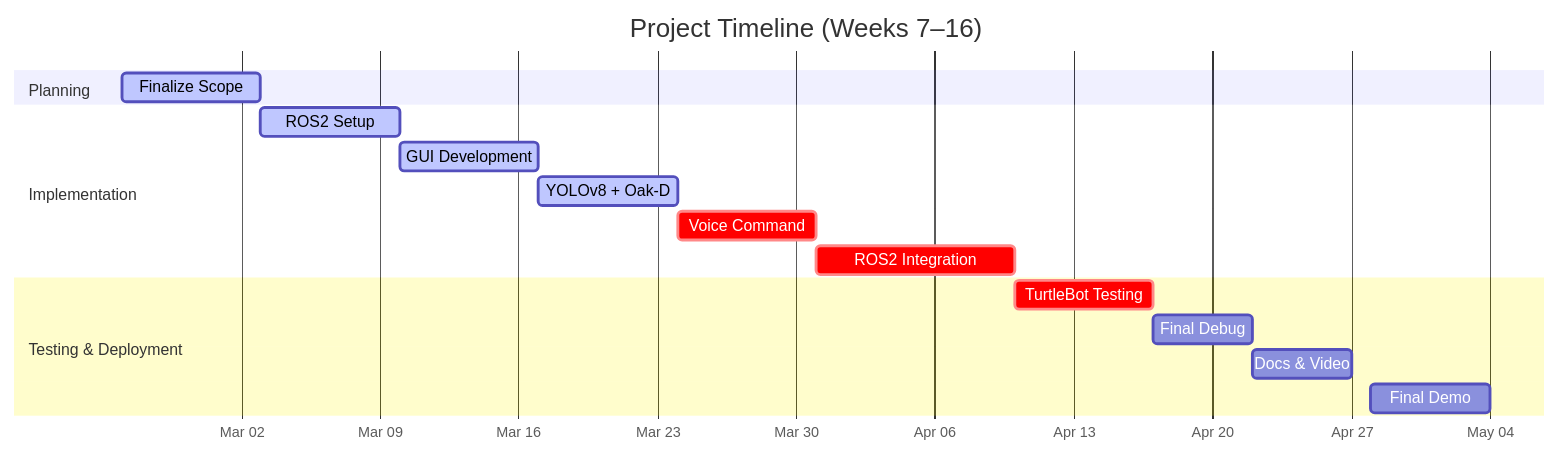
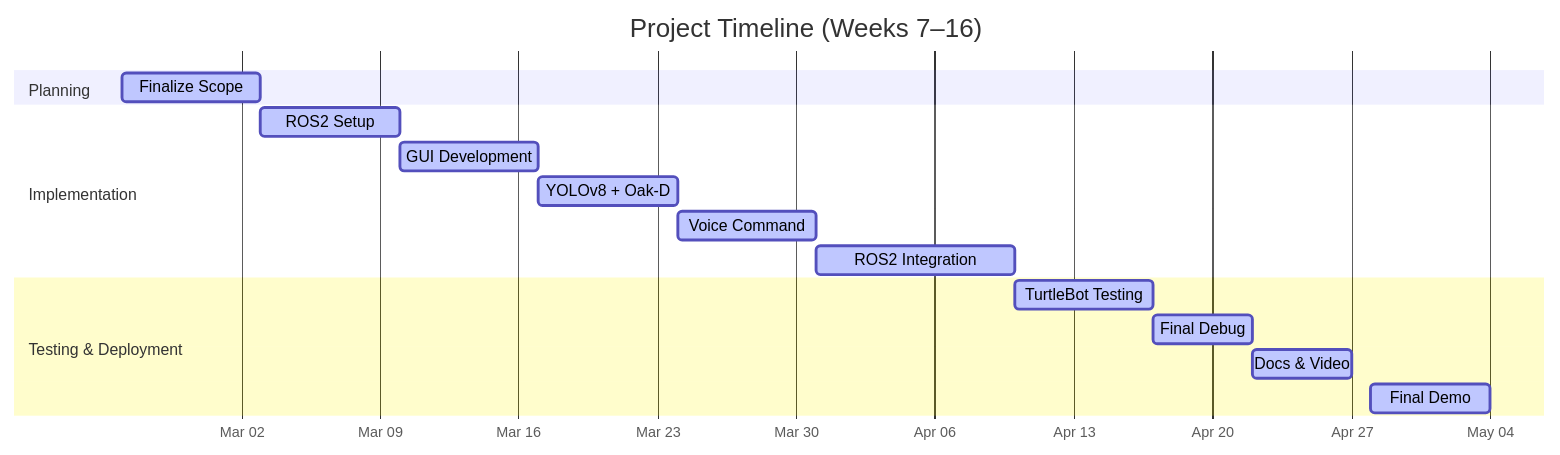
Before and after one commit to RAS598-2025-S-Team11/RAS598-2025-S-Team11.github.io: the first of 5 diagrams in docs/charts.md, drawn with Mermaid.

````diff
--- a/docs/charts.md
+++ b/docs/charts.md
@@ -15,22 +15,22 @@
 ```mermaid
 gantt
     title Project Timeline (Weeks 7–16)
     dateFormat  YYYY-MM-DD
     axisFormat  %b %d
 
     section Planning
     Finalize Scope            :active,milestone1, 2025-02-24, 7d
 
     section Implementation
     ROS2 Setup                :active,milestone2, 2025-03-03, 7d
     GUI Development           :active,milestone3, 2025-03-10, 7d
     YOLOv8 + Oak-D            :active,milestone4, 2025-03-17, 7d
-    Voice Command             :crit,milestone5, 2025-03-24, 7d
-    ROS2 Integration          :crit,milestone6, 2025-03-31, 10d
+    Voice Command             :active,milestone5, 2025-03-24, 7d
+    ROS2 Integration          :active,milestone6, 2025-03-31, 10d
 
     section Testing & Deployment
-    TurtleBot Testing         :crit,milestone7, 2025-04-10, 7d
-    Final Debug               :milestone8, 2025-04-17, 5d
-    Docs & Video              :milestone9, 2025-04-22, 5d
-    Final Demo                :milestone10, 2025-04-28, 6d
+    TurtleBot Testing         :active,milestone7, 2025-04-10, 7d
+    Final Debug               :active,milestone8, 2025-04-17, 5d
+    Docs & Video              :active,milestone9, 2025-04-22, 5d
+    Final Demo                :active,milestone10, 2025-04-28, 6d
 ```
````
